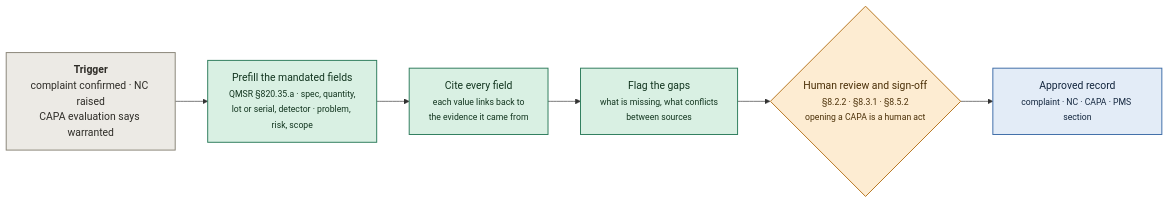
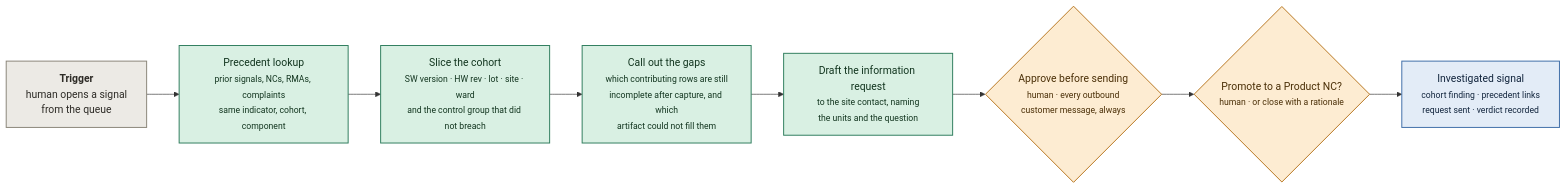
Before and after one commit to Tchanwangsa/forward-hack: the seventh of 9 diagrams in plan/DIAGRAMS.md, drawn with Mermaid. The commit also changed other lines of this file and 15 other files, not shown here.

````diff
--- a/plan/DIAGRAMS.md
+++ b/plan/DIAGRAMS.md
@@ -204,18 +231,20 @@
 ```mermaid
 flowchart LR
-  T["<b>Trigger</b><br/>complaint confirmed · NC raised<br/>CAPA evaluation says warranted"]
-  A1["Prefill the mandated fields<br/><small>QMSR §820.35.a · spec, quantity,<br/>lot or serial, detector · problem, risk, scope</small>"]
-  A2["Cite every field<br/><small>each value links back to<br/>the evidence it came from</small>"]
-  A3["Flag the gaps<br/><small>what is missing, what conflicts<br/>between sources</small>"]
-  G{"Human review and sign-off<br/><small>§8.2.2 · §8.3.1 · §8.5.2<br/>opening a CAPA is a human act</small>"}
-  O["Approved record<br/><small>complaint · NC · CAPA · PMS section</small>"]
-  T --> A1 --> A2 --> A3 --> G --> O
+  T["<b>Trigger</b><br/>human opens a signal<br/>from the queue"]
+  A1["Precedent lookup<br/><small>prior signals, NCs, RMAs, complaints<br/>same indicator, cohort, component</small>"]
+  A2["Slice the cohort<br/><small>SW version · HW rev · lot · site · ward<br/>and the control group that did not breach</small>"]
+  A3["Call out the gaps<br/><small>which contributing rows are still<br/>incomplete after capture, and which<br/>artifact could not fill them</small>"]
+  A4["Draft the information request<br/><small>to the site contact, naming<br/>the units and the question</small>"]
+  G1{"Approve before sending<br/><small>human · every outbound<br/>customer message, always</small>"}
+  G2{"Promote to a Product NC?<br/><small>human · or close with a rationale</small>"}
+  O["Investigated signal<br/><small>cohort finding · precedent links<br/>request sent · verdict recorded</small>"]
+  T --> A1 --> A2 --> A3 --> A4 --> G1 --> G2 --> O
   classDef trigger fill:#eceae5,stroke:#8a8578,stroke-width:1.5px,color:#2e2c27
   classDef agent fill:#d9f0e3,stroke:#2f7d5d,stroke-width:1.5px,color:#12351f
   classDef gate fill:#fdecd2,stroke:#b8761f,stroke-width:1.5px,color:#4a2f07
   classDef out fill:#e3ecf7,stroke:#3f6ea8,stroke-width:1.5px,color:#12253d
   class T trigger
-  class A1,A2,A3 agent
-  class G gate
+  class A1,A2,A3,A4 agent
+  class G1,G2 gate
   class O out
 ```
````
